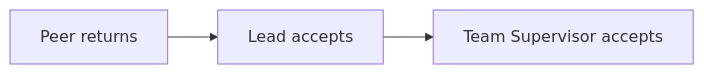
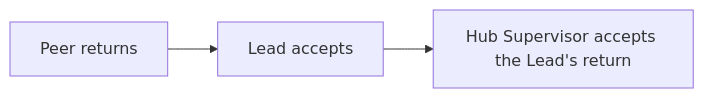
Before and after one commit to ReinaMacCredy/maestro: the second of 2 diagrams in site/src/content/docs/concepts/roles.md, drawn with Mermaid. The commit also changed other lines of this file and 21 other files, not shown here.

````diff
--- a/site/src/content/docs/concepts/roles.md
+++ b/site/src/content/docs/concepts/roles.md
@@ -211,5 +149,5 @@
 ```mermaid
 flowchart LR
   Peer["Peer returns"] --> Lead["Lead accepts"]
-  Lead --> Team["Team Supervisor accepts"]
+  Lead --> Hub["Hub Supervisor accepts the Lead's return"]
 ```
````
